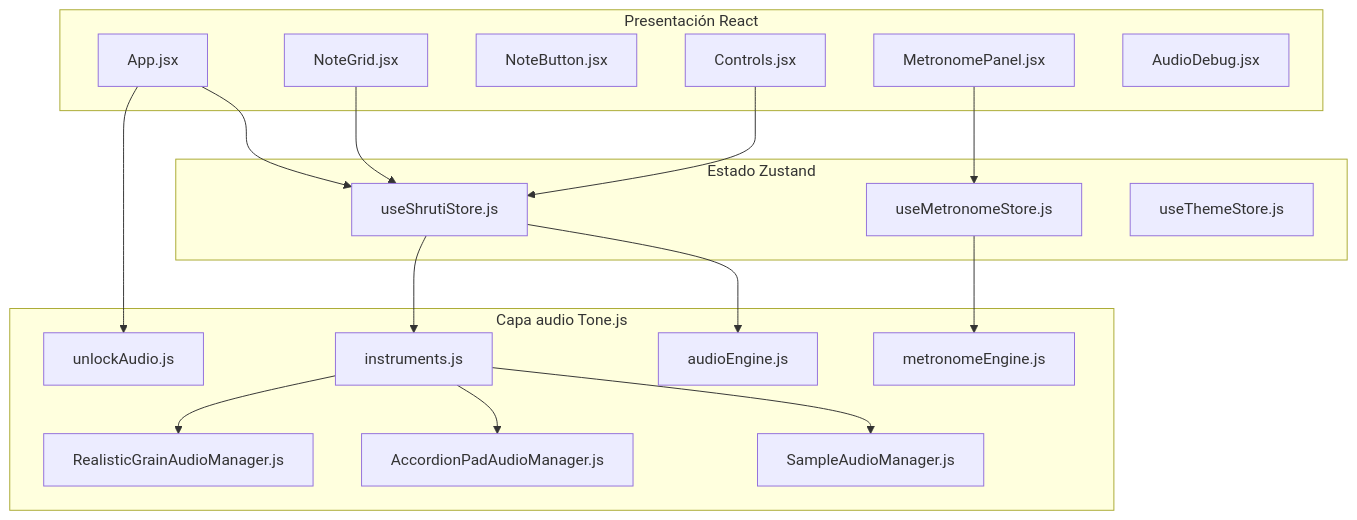
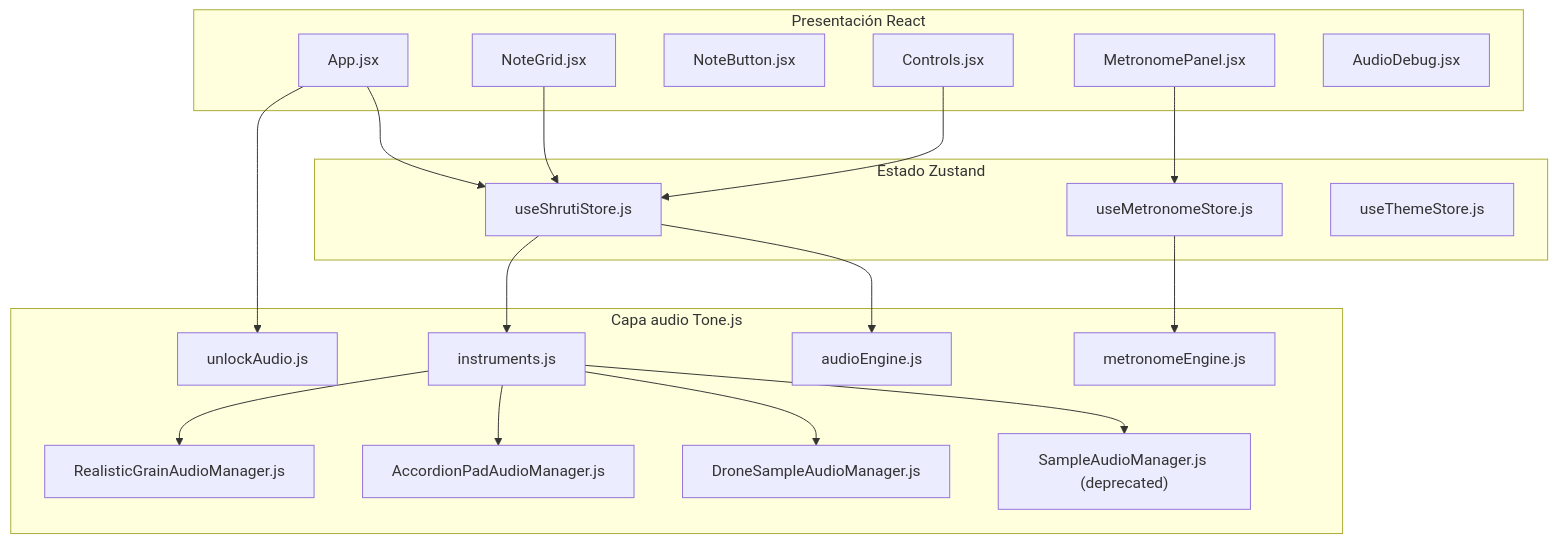
The diagram in docs/ios-audio-engine.md (lucaspaiva-dev/shrutibox-os-custom), drawn with Mermaid before and after one commit. The commit also changed other lines of this file and 21 other files, not shown here.

````diff
--- a/docs/ios-audio-engine.md
+++ b/docs/ios-audio-engine.md
@@ -44,36 +44,38 @@
 ```mermaid
 flowchart TB
   subgraph UI [Presentación React]
     App[App.jsx]
     NoteGrid[NoteGrid.jsx]
     NoteButton[NoteButton.jsx]
     Controls[Controls.jsx]
     MetroUI[MetronomePanel.jsx]
     AudioDebug[AudioDebug.jsx]
   end
   subgraph State [Estado Zustand]
     Shruti[useShrutiStore.js]
     Metro[useMetronomeStore.js]
     Theme[useThemeStore.js]
   end
   subgraph Audio [Capa audio Tone.js]
     Unlock[unlockAudio.js]
     Inst[instruments.js]
     Engine[audioEngine.js]
     Realistic[RealisticGrainAudioManager.js]
     Accordion[AccordionPadAudioManager.js]
-    Sample[SampleAudioManager.js]
+    Drone[DroneSampleAudioManager.js]
+    Sample["SampleAudioManager.js (deprecated)"]
     MetroEng[metronomeEngine.js]
   end
   App --> Unlock
   App --> Shruti
   NoteGrid --> Shruti
   Controls --> Shruti
   MetroUI --> Metro
   Shruti --> Engine
   Shruti --> Inst
   Inst --> Realistic
   Inst --> Accordion
+  Inst --> Drone
   Inst --> Sample
   Metro --> MetroEng
 ```
````
